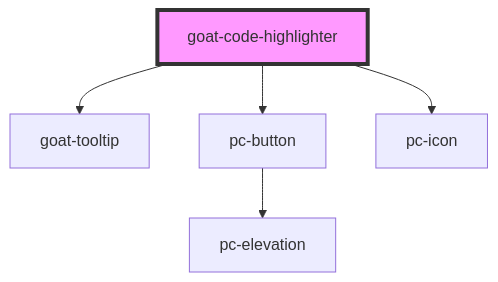
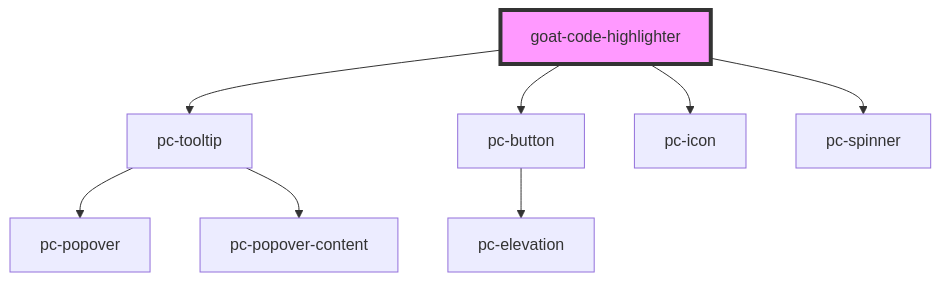
One commit to redvars/peacock changed the diagram in src/components/application/code-highlighter/readme.md. Above: the diagram before and after it, drawn with Mermaid. The commit also changed other lines of this file and 299 other files, not shown here.

````diff
--- a/src/components/application/code-highlighter/readme.md
+++ b/src/components/application/code-highlighter/readme.md
@@ -29,8 +30,11 @@
 ```mermaid
 graph TD;
-  goat-code-highlighter --> goat-tooltip
+  goat-code-highlighter --> pc-tooltip
   goat-code-highlighter --> pc-button
   goat-code-highlighter --> pc-icon
+  goat-code-highlighter --> pc-spinner
+  pc-tooltip --> pc-popover
+  pc-tooltip --> pc-popover-content
   pc-button --> pc-elevation
   style goat-code-highlighter fill:#f9f,stroke:#333,stroke-width:4px
 ```
````
